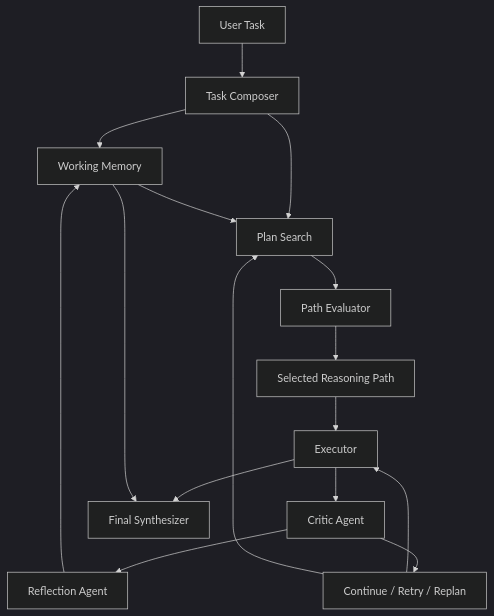
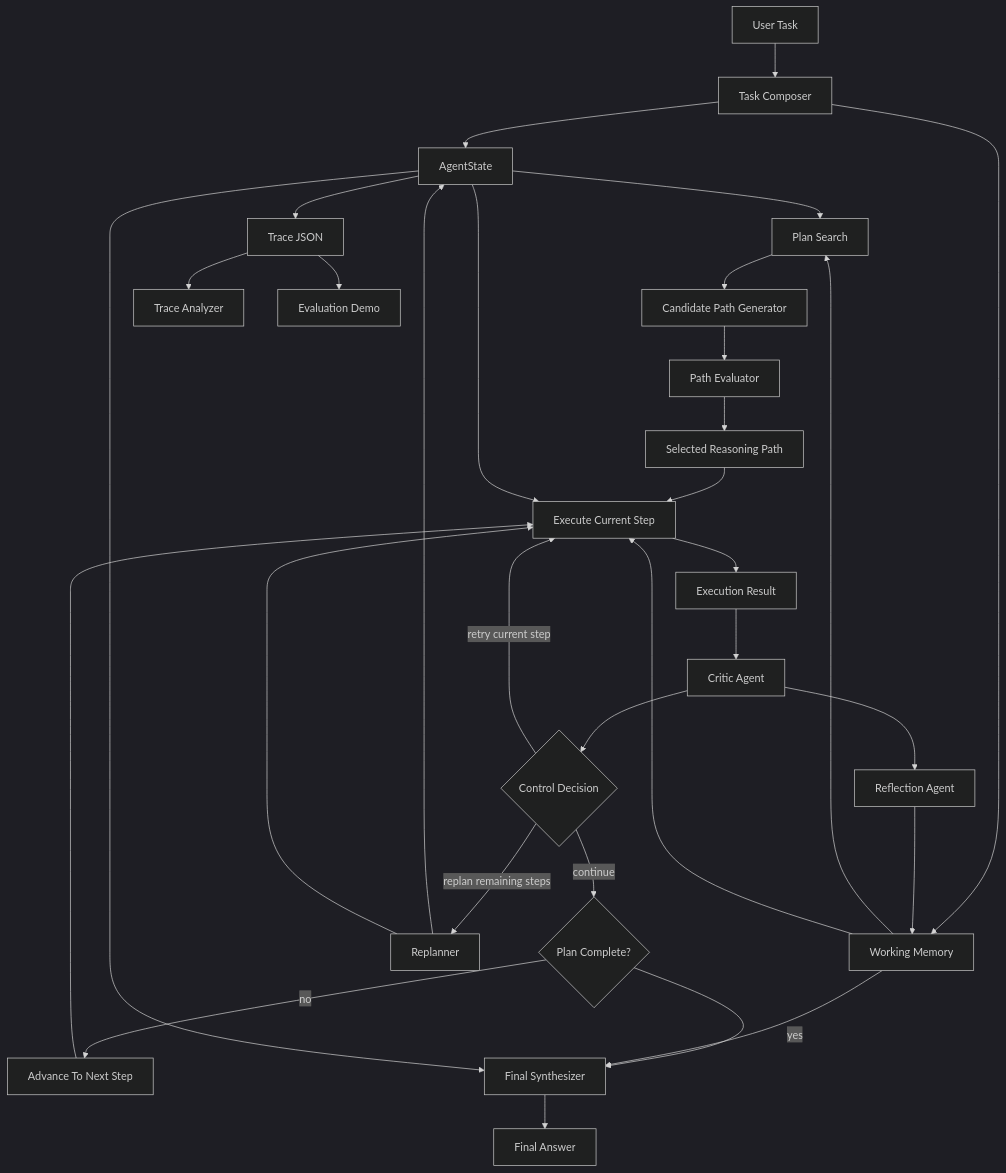
One commit to luckyango/Planning-Reasoning_reflective-plan-and-execute-agent changed the diagram in README.md. Above: the diagram before and after it, drawn with Mermaid (dark theme).

Commit message:
fix: update readme architecture

````diff
--- a/README.md
+++ b/README.md
@@ -42,18 +42,35 @@
 ```mermaid
 flowchart TD
     UserTask["User Task"] --> Composer["Task Composer"]
+    Composer --> State["AgentState"]
     Composer --> Memory["Working Memory"]
-    Composer --> Search["Plan Search"]
+    State --> Search["Plan Search"]
     Memory --> Search
-    Search --> Evaluator["Path Evaluator"]
+    Search --> PathGen["Candidate Path Generator"]
+    PathGen --> Evaluator["Path Evaluator"]
     Evaluator --> PlannerChoice["Selected Reasoning Path"]
-    PlannerChoice --> Executor["Executor"]
-    Executor --> Critic["Critic Agent"]
+    PlannerChoice --> StepRunner["Execute Current Step"]
+    State --> StepRunner
+    Memory --> StepRunner
+
+    StepRunner --> Result["Execution Result"]
+    Result --> Critic["Critic Agent"]
     Critic --> Reflector["Reflection Agent"]
     Reflector --> Memory
-    Critic --> Control["Continue / Retry / Replan"]
-    Control --> Executor
-    Control --> Search
-    Executor --> Synthesizer["Final Synthesizer"]
+
+    Critic --> Control{"Control Decision"}
+    Control -->|"continue"| Done{"Plan Complete?"}
+    Done -->|"no"| NextStep["Advance To Next Step"]
+    NextStep --> StepRunner
+    Done -->|"yes"| Synthesizer["Final Synthesizer"]
+    Control -->|"retry current step"| StepRunner
+    Control -->|"replan remaining steps"| Replanner["Replanner"]
+    Replanner --> State
+    Replanner --> StepRunner
     Memory --> Synthesizer
+    State --> Synthesizer
+    Synthesizer --> FinalAnswer["Final Answer"]
+    State --> Trace["Trace JSON"]
+    Trace --> Analyzer["Trace Analyzer"]
+    Trace --> EvalDemo["Evaluation Demo"]
 ```
````
